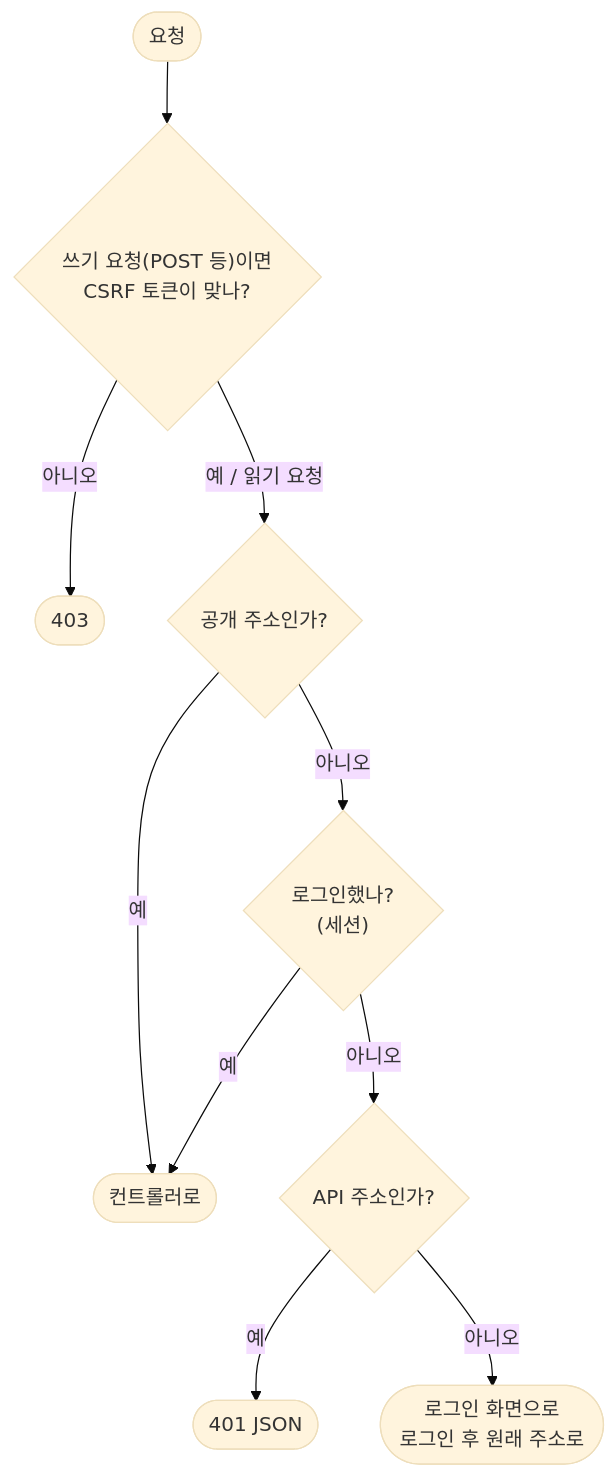
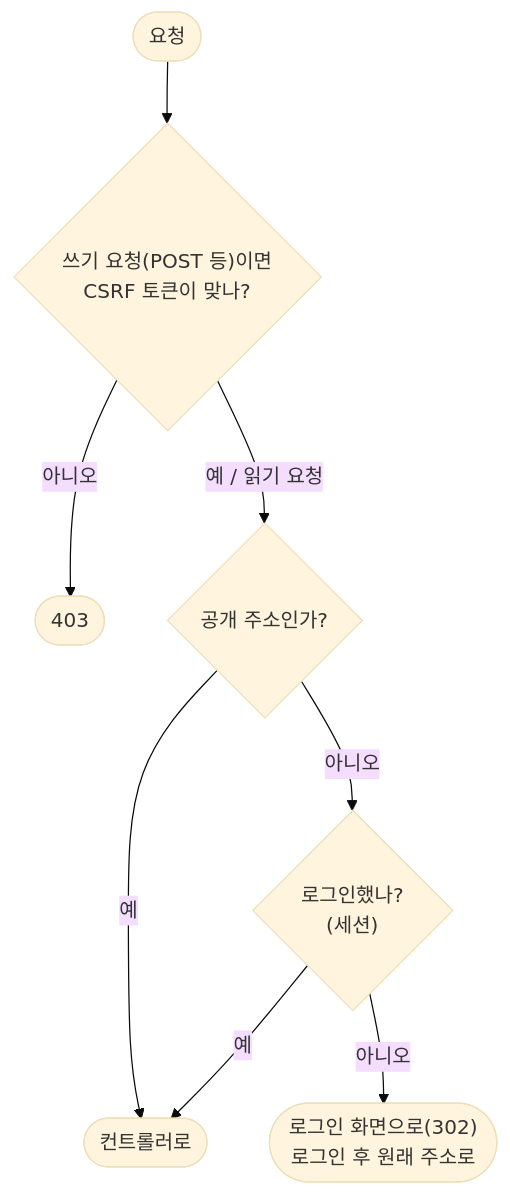
One commit to dao0612-dot/spring_study changed the second of 2 diagrams in design/2026-10-28_시큐리티_회원가입_로그인.md. Above: the diagram before and after it, drawn with Mermaid (base theme). The commit also changed other lines of this file and 12 other files, not shown here.

````diff
--- a/design/2026-10-28_시큐리티_회원가입_로그인.md
+++ b/design/2026-10-28_시큐리티_회원가입_로그인.md
@@ -169,12 +184,10 @@
 ```mermaid
 flowchart TD
     A(["요청"]) --> D{"쓰기 요청(POST 등)이면<br/>CSRF 토큰이 맞나?"}
     D -->|아니오| R403(["403"])
     D -->|"예 / 읽기 요청"| B{"공개 주소인가?"}
     B -->|예| OK(["컨트롤러로"])
     B -->|아니오| C{"로그인했나?<br/>(세션)"}
     C -->|예| OK
-    C -->|아니오| E{"API 주소인가?"}
-    E -->|예| R401(["401 JSON"])
-    E -->|아니오| L(["로그인 화면으로<br/>로그인 후 원래 주소로"])
+    C -->|아니오| L(["로그인 화면으로(302)<br/>로그인 후 원래 주소로"])
 ```
````
